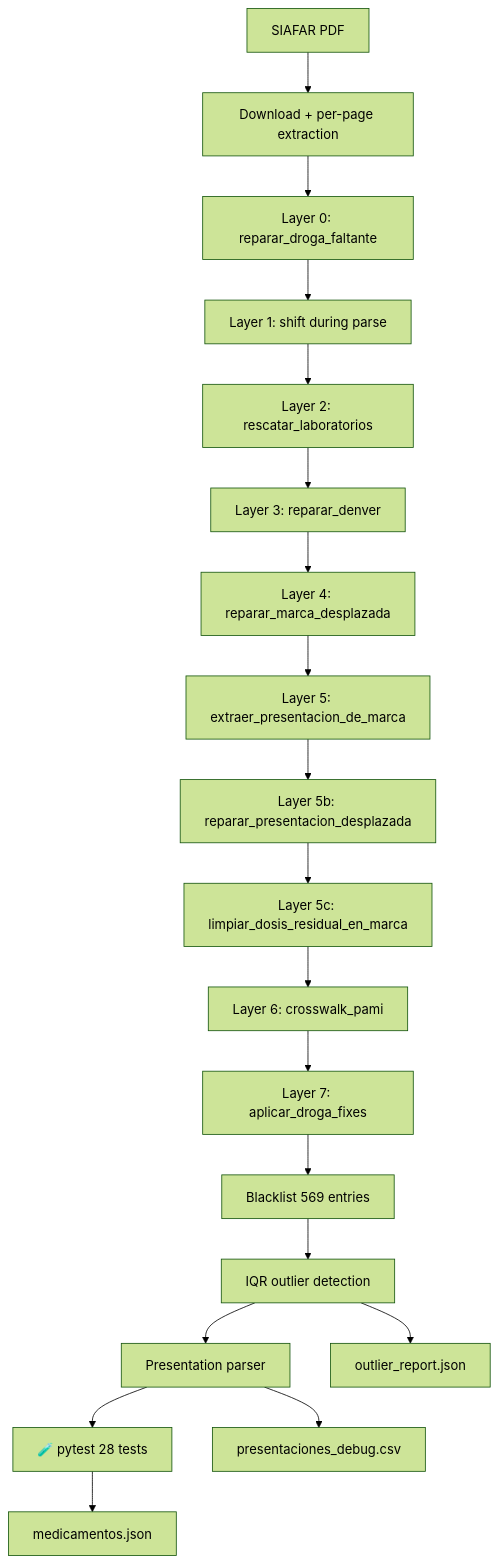
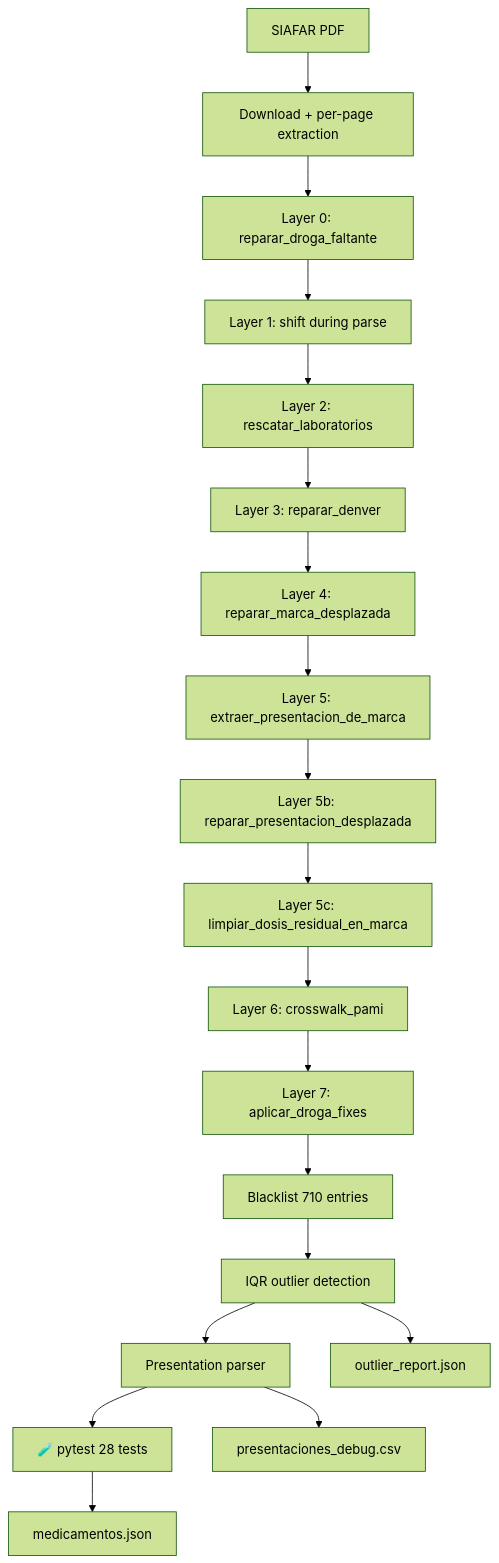
Before and after one commit to psbella/remedi.ar: the fifth of 10 diagrams in README.en.md, drawn with Mermaid (forest theme). The commit also changed other lines of this file and 2 other files, not shown here.

First line of the commit message:
fix(a11y) + docs(readme): admin-panel rename, blacklist count, EN/ES parity

````diff
--- a/README.en.md
+++ b/README.en.md
@@ -1037,42 +1041,42 @@
 ```mermaid
 flowchart TD
 
     A[SIAFAR PDF]
     B[Download + per-page extraction]
     C0[Layer 0: reparar_droga_faltante]
     C1[Layer 1: shift during parse]
     C2[Layer 2: rescatar_laboratorios]
     C3[Layer 3: reparar_denver]
     C4[Layer 4: reparar_marca_desplazada]
     C5[Layer 5: extraer_presentacion_de_marca]
     C5B[Layer 5b: reparar_presentacion_desplazada]
     C5C[Layer 5c: limpiar_dosis_residual_en_marca]
     C6[Layer 6: crosswalk_pami]
     C7[Layer 7: aplicar_droga_fixes]
-    BL[Blacklist 569 entries]
+    BL[Blacklist 710 entries]
     OUT[IQR outlier detection]
     PRES[Presentation parser]
     T[🧪 pytest 28 tests]
     JSON[medicamentos.json]
     DEBUG[presentaciones_debug.csv]
     REPORT[outlier_report.json]
 
     A --> B
     B --> C0
     C0 --> C1
     C1 --> C2
     C2 --> C3
     C3 --> C4
     C4 --> C5
     C5 --> C5B
     C5B --> C5C
     C5C --> C6
     C6 --> C7
     C7 --> BL
     BL --> OUT
     OUT --> PRES
     PRES --> T
     T --> JSON
     PRES --> DEBUG
     OUT --> REPORT
 ```
````
